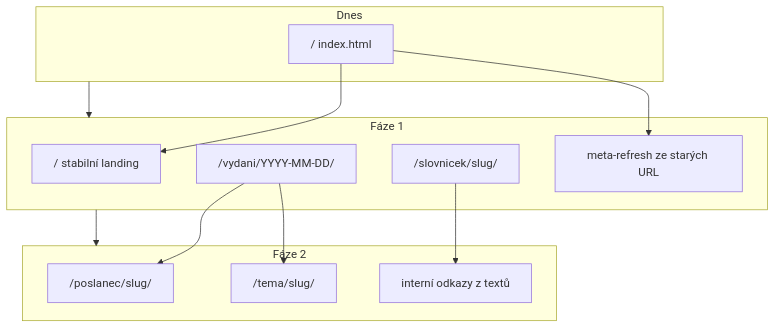
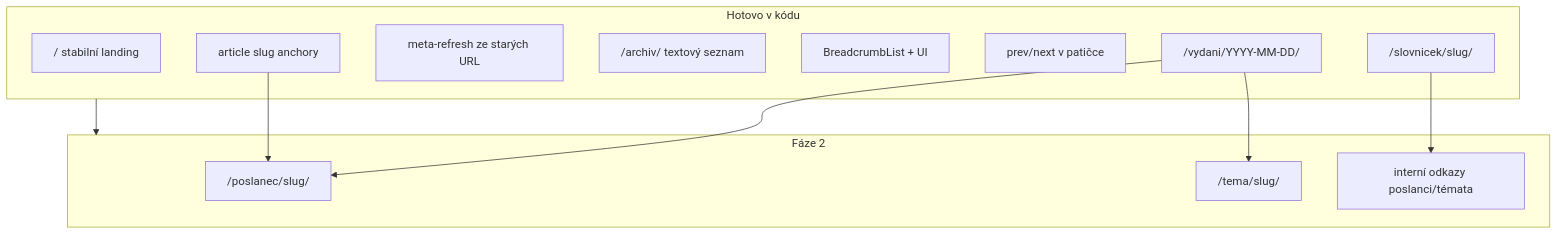
The diagram in seo-redesign/seo-redesign-plan.md (marketajedlick/poslusnehlasim), drawn with Mermaid before and after one commit. The commit also changed other lines of this file and 36 other files, not shown here.

````diff
--- a/seo-redesign/seo-redesign-plan.md
+++ b/seo-redesign/seo-redesign-plan.md
@@ -24,24 +28,23 @@
 ```mermaid
 flowchart TB
-  subgraph today [Dnes]
-    Home["/ index.html"]
-  end
-  subgraph phase1 [Fáze 1]
+  subgraph done [Hotovo v kódu]
     HomeNew["/ stabilní landing"]
     Vydani["/vydani/YYYY-MM-DD/"]
+    Redirect["meta-refresh ze starých URL"]
+    Archiv["/archiv/ textový seznam"]
+    Breadcrumbs["BreadcrumbList + UI"]
+    PrevNext["prev/next v patičce"]
     SlovPojem["/slovnicek/slug/"]
-    Redirect["meta-refresh ze starých URL"]
+    Anchors["article slug anchory"]
   end
   subgraph phase2 [Fáze 2]
     Poslanec["/poslanec/slug/"]
     Tema["/tema/slug/"]
-    Linker["interní odkazy z textů"]
+    Linker["interní odkazy poslanci/témata"]
   end
-  today --> phase1
-  phase1 --> phase2
-  Home --> HomeNew
-  Home --> Redirect
+  done --> phase2
   Vydani --> Poslanec
   Vydani --> Tema
   SlovPojem --> Linker
+  Anchors --> Poslanec
 ```
````
